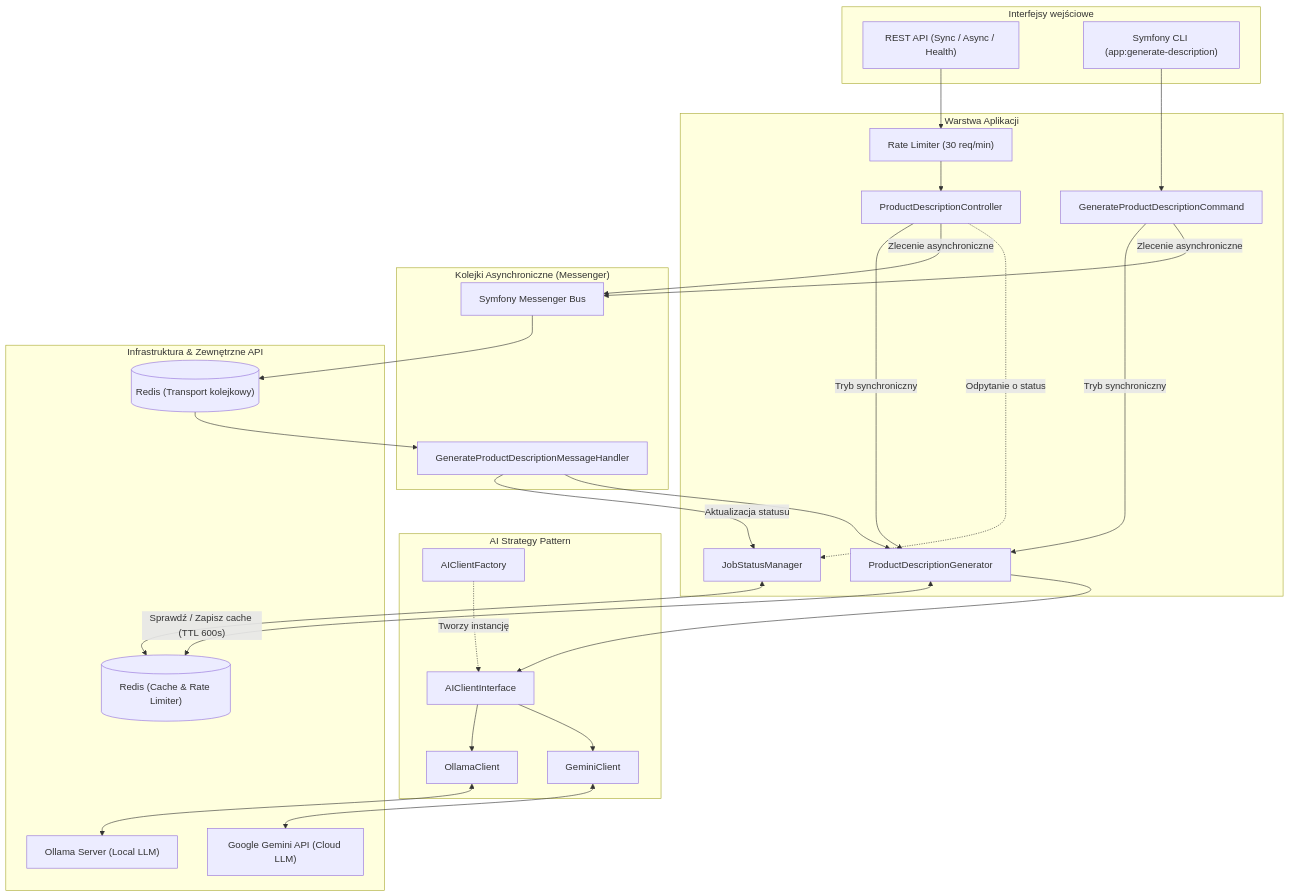
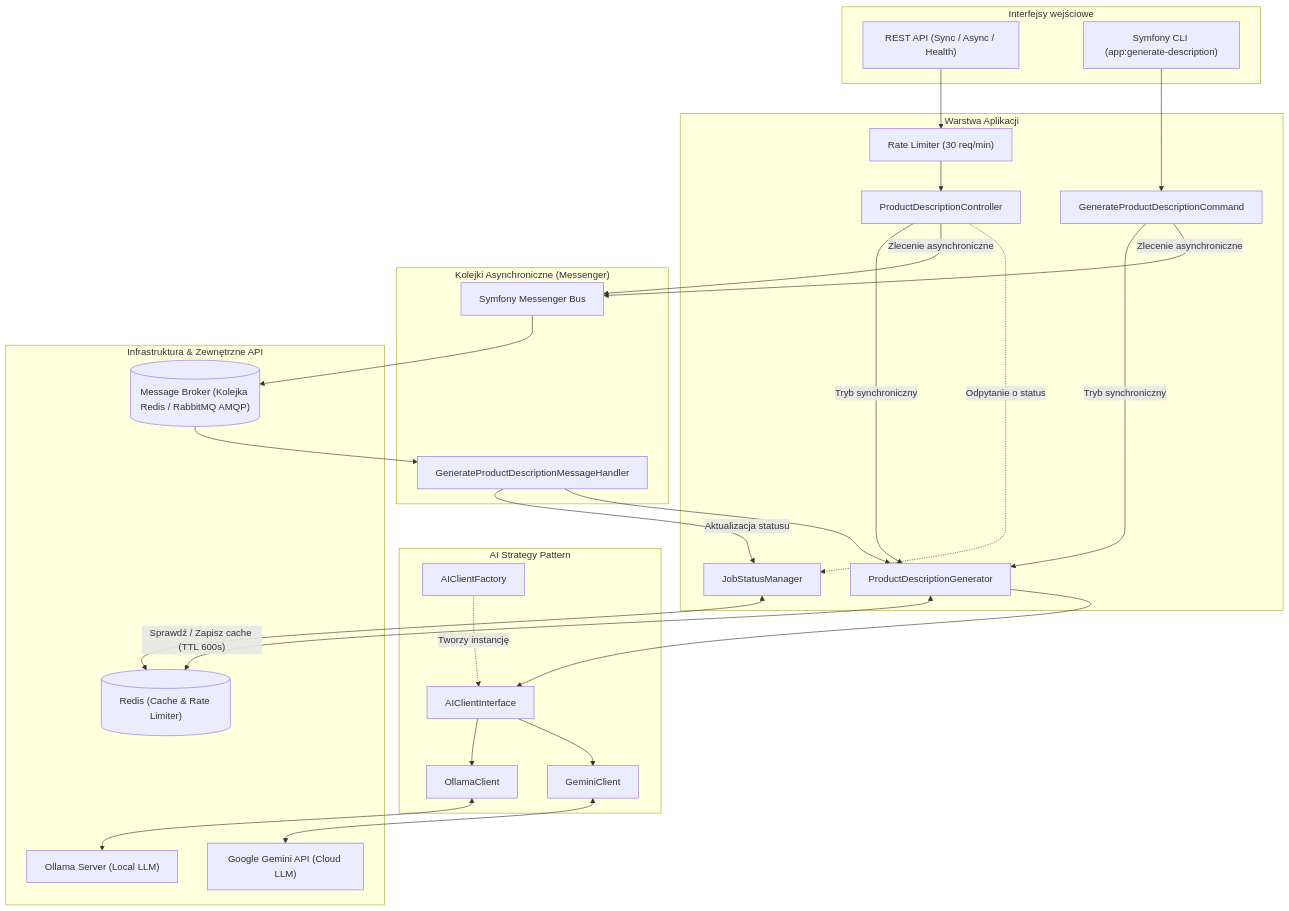
Before and after one commit to michal-kraus/ai-product-description-microservice: the diagram in README.pl.md, drawn with Mermaid. The commit also changed other lines of this file and 10 other files, not shown here.

Commit message:
feat(messenger): add RabbitMQ AMQP transport support with Docker profiles

````diff
--- a/README.pl.md
+++ b/README.pl.md
@@ -25,60 +25,60 @@
 ```mermaid
 flowchart TD
     subgraph Clients ["Interfejsy wejściowe"]
         HTTP["REST API (Sync / Async / Health)"]
         CLI["Symfony CLI (app:generate-description)"]
     end
 
     subgraph App ["Warstwa Aplikacji"]
         Limiter["Rate Limiter (30 req/min)"]
         Controller["ProductDescriptionController"]
         Command["GenerateProductDescriptionCommand"]
         Generator["ProductDescriptionGenerator"]
         JobManager["JobStatusManager"]
     end
 
     subgraph MessengerLayer ["Kolejki Asynchroniczne (Messenger)"]
         Bus["Symfony Messenger Bus"]
         Handler["GenerateProductDescriptionMessageHandler"]
     end
 
     subgraph AIService ["AI Strategy Pattern"]
         Factory["AIClientFactory"]
         Strategy["AIClientInterface"]
         Ollama["OllamaClient"]
         Gemini["GeminiClient"]
     end
 
     subgraph Infra ["Infrastruktura & Zewnętrzne API"]
         RedisCache[("Redis (Cache & Rate Limiter)")]
-        RedisQueue[("Redis (Transport kolejkowy)")]
+        Queues[("Message Broker (Kolejka Redis / RabbitMQ AMQP)")]
         OllamaSrv["Ollama Server (Local LLM)"]
         GeminiAPI["Google Gemini API (Cloud LLM)"]
     end
 
     HTTP --> Limiter --> Controller
     CLI --> Command
 
     Controller -- "Tryb synchroniczny" --> Generator
     Command -- "Tryb synchroniczny" --> Generator
 
     Controller -- "Zlecenie asynchroniczne" --> Bus
     Command -- "Zlecenie asynchroniczne" --> Bus
 
-    Bus --> RedisQueue --> Handler
+    Bus --> Queues --> Handler
     Handler -- "Aktualizacja statusu" --> JobManager
     Handler --> Generator
 
     Generator <-->|"Sprawdź / Zapisz cache (TTL 600s)"| RedisCache
     Generator --> Strategy
 
     Factory -. "Tworzy instancję" .-> Strategy
     Strategy --> Ollama
     Strategy --> Gemini
 
     Ollama <--> OllamaSrv
     Gemini <--> GeminiAPI
 
     Controller -. "Odpytanie o status" .-> JobManager
     JobManager <--> RedisCache
 ```
````
